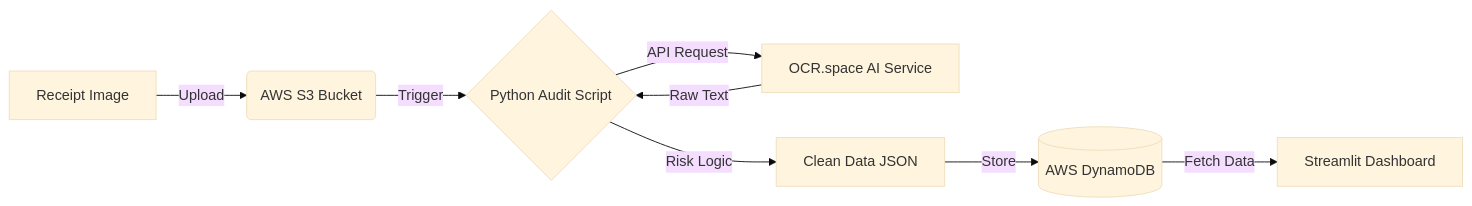
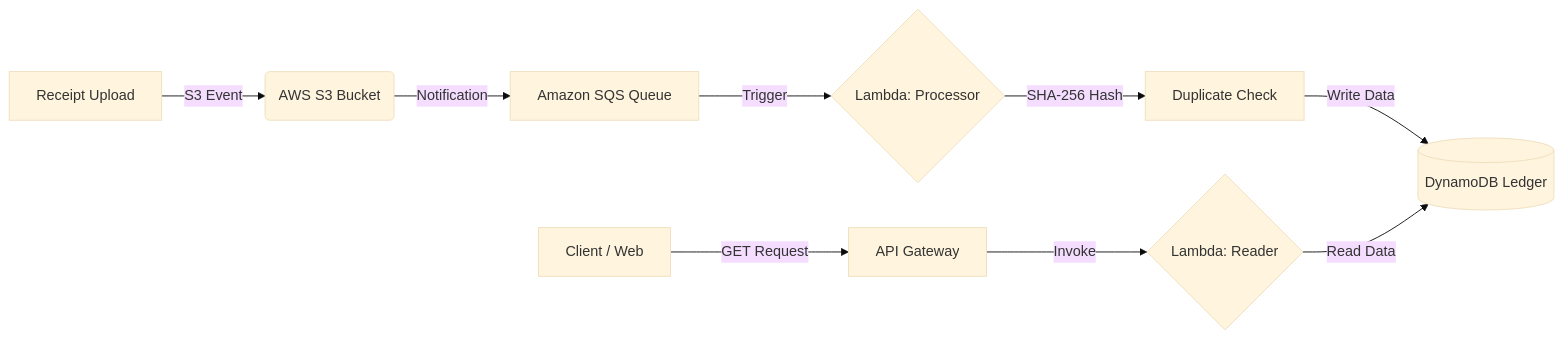
Before and after one commit to Tannishaa/bill-e-audit: the diagram in README.md, drawn with Mermaid (base theme). The commit also changed other lines of this file and 8 other files, not shown here.

````diff
--- a/README.md
+++ b/README.md
@@ -16,10 +16,11 @@
 ```mermaid
 graph LR
-    A[Receipt Image] -->|Upload| B(AWS S3 Bucket)
-    B -->|Trigger| C{Python Audit Script}
-    C -->|API Request| D[OCR.space AI Service]
-    D -->|Raw Text| C
-    C -->|Risk Logic| E[Clean Data JSON]
-    E -->|Store| F[(AWS DynamoDB)]
-    F -->|Fetch Data| G[Streamlit Dashboard]  
+    A[Receipt Upload] -->|S3 Event| B(AWS S3 Bucket)
+    B -->|Notification| C[Amazon SQS Queue]
+    C -->|Trigger| D{Lambda: Processor}
+    D -->|SHA-256 Hash| E[Duplicate Check]
+    E -->|Write Data| F[(DynamoDB Ledger)]
+    G[Client / Web] -->|GET Request| H[API Gateway]
+    H -->|Invoke| I{Lambda: Reader}
+    I -->|Read Data| F
 ```
````
